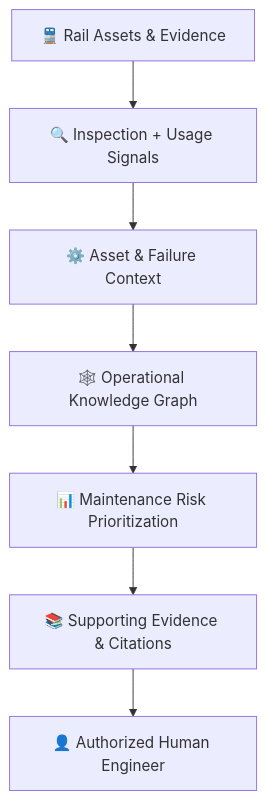
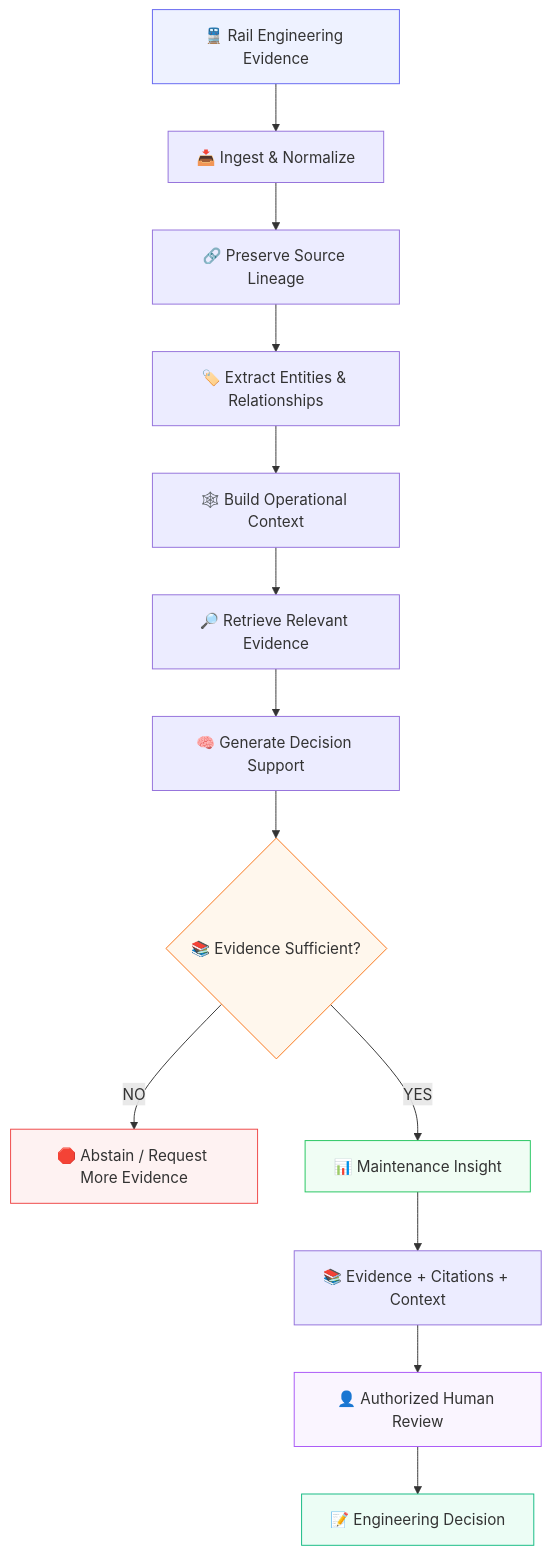
The second of 5 diagrams in README.md (Janicebenita/ForgeMind-AI), drawn with Mermaid before and after one commit. The commit also changed other lines of this file, not shown here.

````diff
--- a/README.md
+++ b/README.md
@@ -100,9 +254,39 @@
 ```mermaid
 flowchart TD
-    A["🚆 Rail Assets & Evidence"] --> B["🔍 Inspection + Usage Signals"]
-    B --> C["⚙️ Asset & Failure Context"]
-    C --> D["🕸️ Operational Knowledge Graph"]
-    D --> E["📊 Maintenance Risk Prioritization"]
-    E --> F["📚 Supporting Evidence & Citations"]
-    F --> G["👤 Authorized Human Engineer"]
+
+    A["🚆 Rail Engineering Evidence"]
+    B["📥 Ingest & Normalize"]
+    C["🔗 Preserve Source Lineage"]
+    D["🏷️ Extract Entities & Relationships"]
+    E["🕸️ Build Operational Context"]
+    F["🔎 Retrieve Relevant Evidence"]
+    G["🧠 Generate Decision Support"]
+    H{"📚 Evidence Sufficient?"}
+    I["🛑 Abstain / Request More Evidence"]
+    J["📊 Maintenance Insight"]
+    K["📚 Evidence + Citations + Context"]
+    L["👤 Authorized Human Review"]
+    M["📝 Engineering Decision"]
+
+    A --> B
+    B --> C
+    C --> D
+    D --> E
+    E --> F
+    F --> G
+    G --> H
+
+    H -- "NO" --> I
+    H -- "YES" --> J
+
+    J --> K
+    K --> L
+    L --> M
+
+    style A fill:#EEF2FF,stroke:#6366F1
+    style H fill:#FFF7ED,stroke:#F97316
+    style I fill:#FEF2F2,stroke:#EF4444
+    style J fill:#F0FDF4,stroke:#22C55E
+    style L fill:#FAF5FF,stroke:#A855F7
+    style M fill:#ECFDF5,stroke:#10B981
 ```
````
